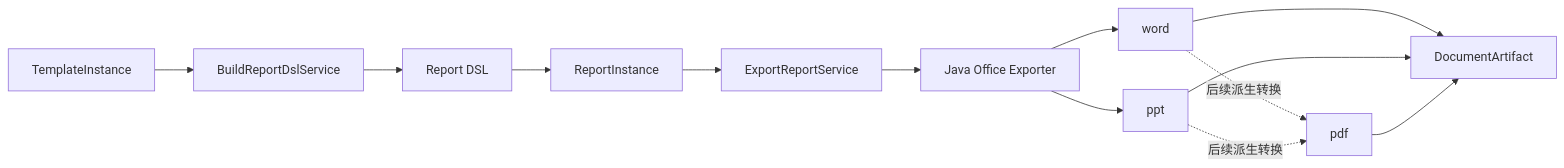
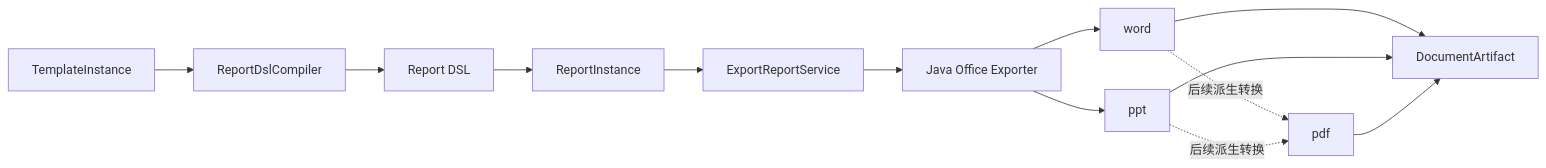
The diagram in docs/implementation/document-export/DocumentConfiguration技术参考.md (shel447/ReportSystem), drawn with Mermaid before and after one commit. The commit also changed other lines of this file and 41 other files, not shown here.

````diff
--- a/docs/implementation/document-export/DocumentConfiguration技术参考.md
+++ b/docs/implementation/document-export/DocumentConfiguration技术参考.md
@@ -5,15 +5,15 @@
 ```mermaid
 flowchart LR
-    TI[TemplateInstance] --> APP[BuildReportDslService]
+    TI[TemplateInstance] --> APP[ReportDslCompiler]
     APP --> DSL[Report DSL]
     DSL --> RI[ReportInstance]
     RI --> EX[ExportReportService]
     EX --> JAVA[Java Office Exporter]
     JAVA --> WORD[word]
     JAVA --> PPT[ppt]
     WORD -. 后续派生转换 .-> PDF[pdf]
     PPT -. 后续派生转换 .-> PDF
     WORD --> DOC[DocumentArtifact]
     PPT --> DOC
     PDF --> DOC
 ```
````
